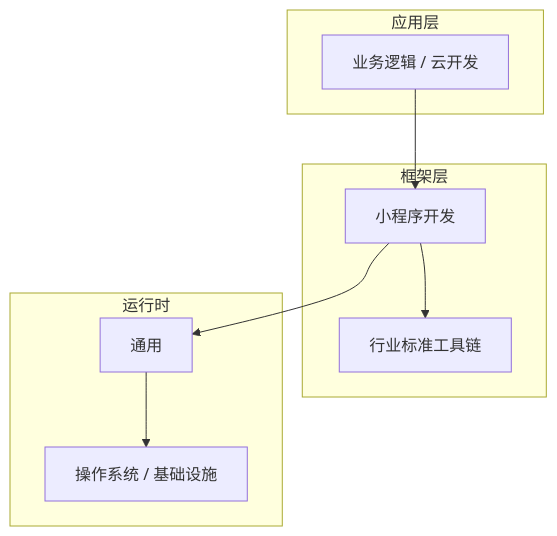
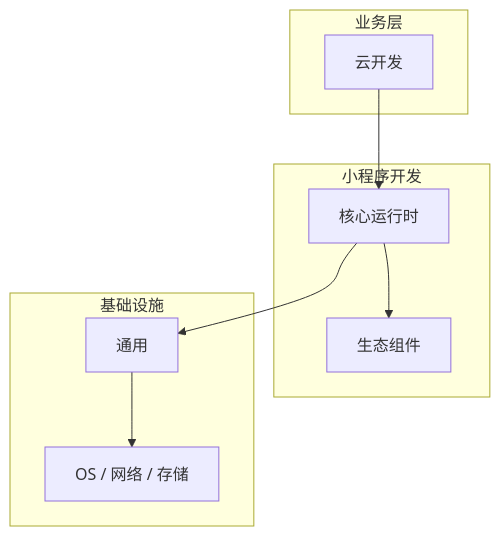
The diagram in articles/小程序开发/chapters/045-云开发核心概念与原理.md (yanggan2015/knowledge-json-v2), drawn with Mermaid before and after one commit. The commit also changed other lines of this file and 10127 other files, not shown here.

````diff
--- a/articles/小程序开发/chapters/045-云开发核心概念与原理.md
+++ b/articles/小程序开发/chapters/045-云开发核心概念与原理.md
@@ -45,18 +34,18 @@
 ```mermaid
 graph TB
-    subgraph 应用层
-        A[业务逻辑 / 云开发]
+    subgraph 业务层
+        A[云开发]
     end
-    subgraph 框架层
-        B[小程序开发]
-        C[行业标准工具链]
+    subgraph 小程序开发
+        B[核心运行时]
+        C[生态组件]
     end
-    subgraph 运行时
+    subgraph 基础设施
         D[通用]
-        E[操作系统 / 基础设施]
+        E[OS / 网络 / 存储]
     end
     A --> B
     B --> C
     B --> D
     D --> E
 ```
````
